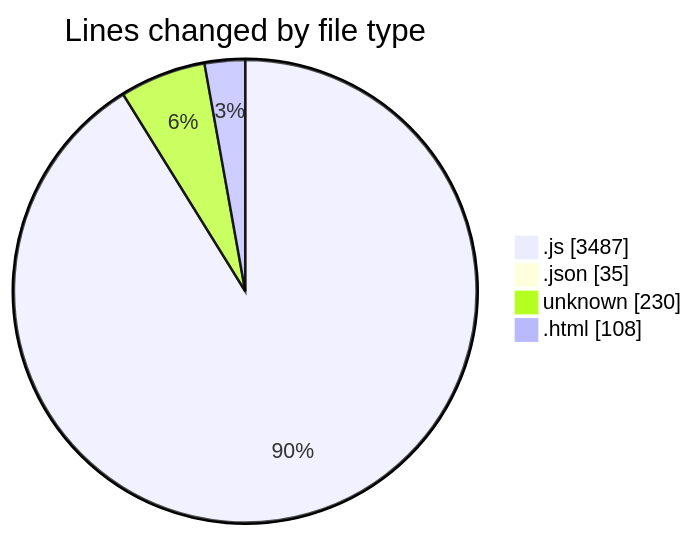
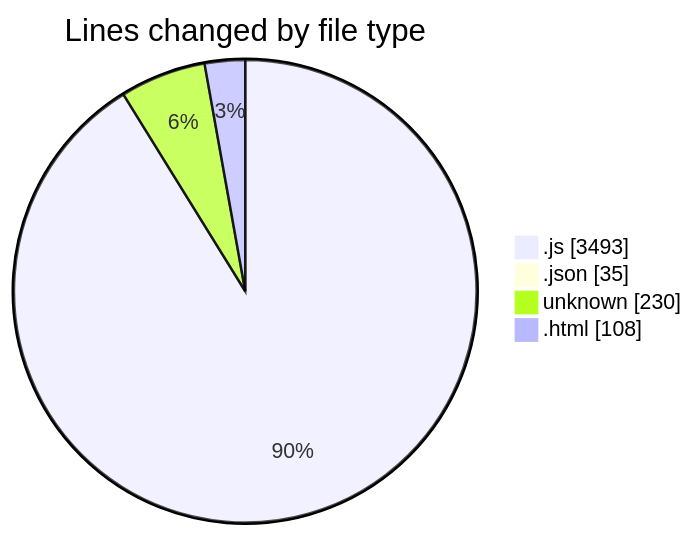
Before and after one commit to becaeroporto-bot/code-tracking: the first of 2 diagrams in 2026-02-20/bot_i_a/README.md, drawn with Mermaid. The commit also changed other lines of this file and 1 other file, not shown here.

````diff
--- a/2026-02-20/bot_i_a/README.md
+++ b/2026-02-20/bot_i_a/README.md
@@ -44,8 +44,8 @@
 ```mermaid
 pie showData
 title Lines changed by file type
-".js" : 3487
+".js" : 3493
 ".json" : 35
 "unknown" : 230
 ".html" : 108
 ```
````
